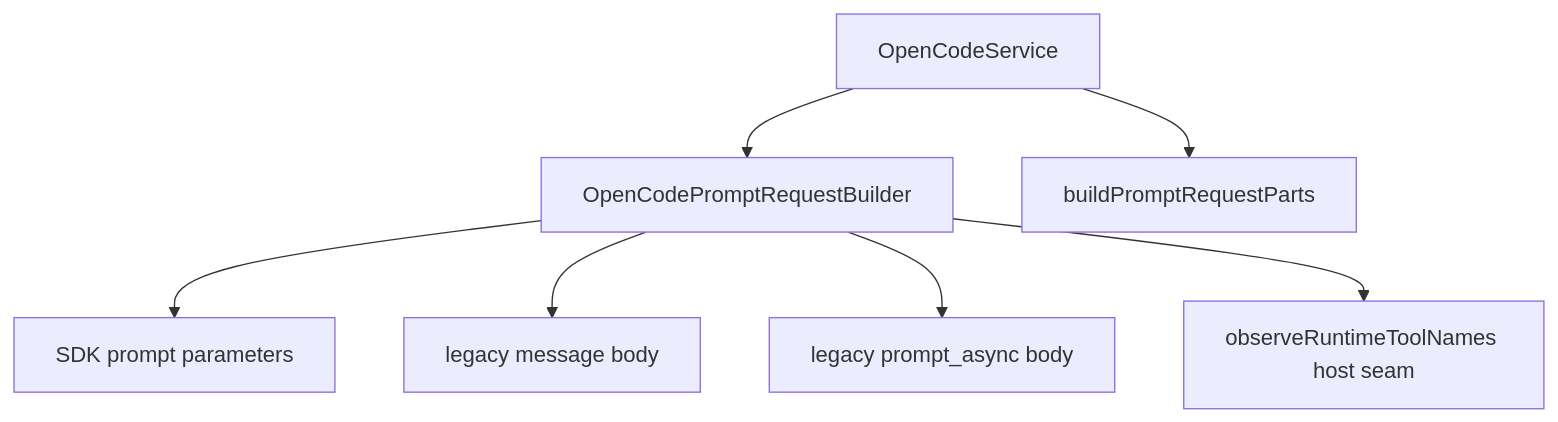
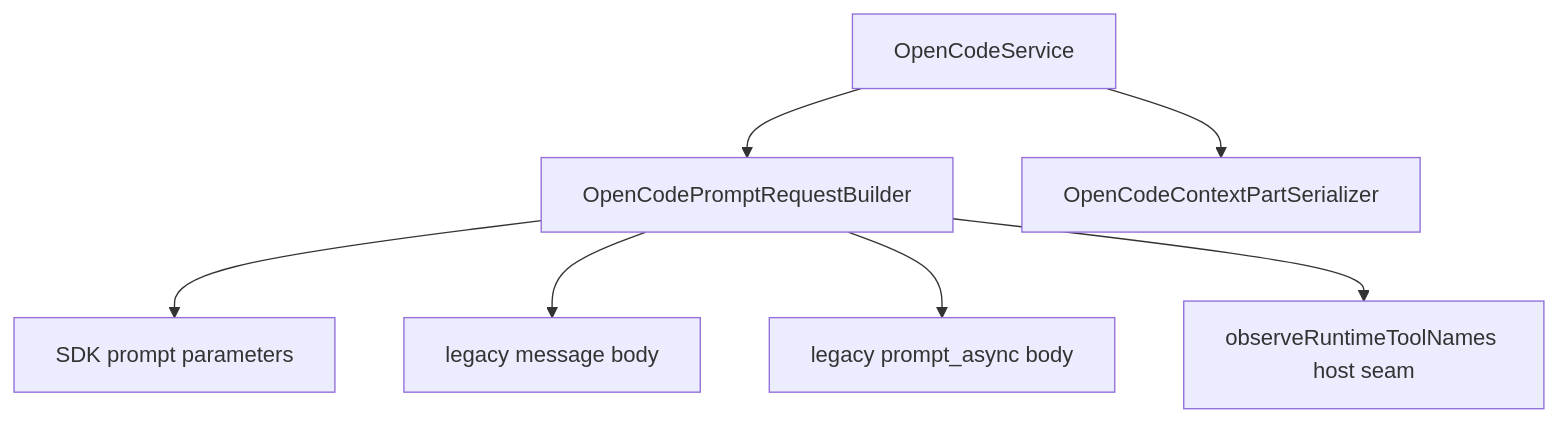
One commit to OCDcreator/opencodian changed the diagram in docs/modules/core/opencode/OpenCodePromptRequestBuilder.md. Above: the diagram before and after it, drawn with Mermaid. The commit also changed other lines of this file and 10 other files, not shown here.

Commit message:
maintainability: round 339 - context part serializer

````diff
--- a/docs/modules/core/opencode/OpenCodePromptRequestBuilder.md
+++ b/docs/modules/core/opencode/OpenCodePromptRequestBuilder.md
@@ -70,9 +70,9 @@
 ```mermaid
 graph TD
     A[OpenCodeService] --> B[OpenCodePromptRequestBuilder]
-    A --> C[buildPromptRequestParts]
+    A --> C[OpenCodeContextPartSerializer]
     B --> D[SDK prompt parameters]
     B --> E[legacy message body]
     B --> F[legacy prompt_async body]
     B --> G[observeRuntimeToolNames host seam]
 ```
````
